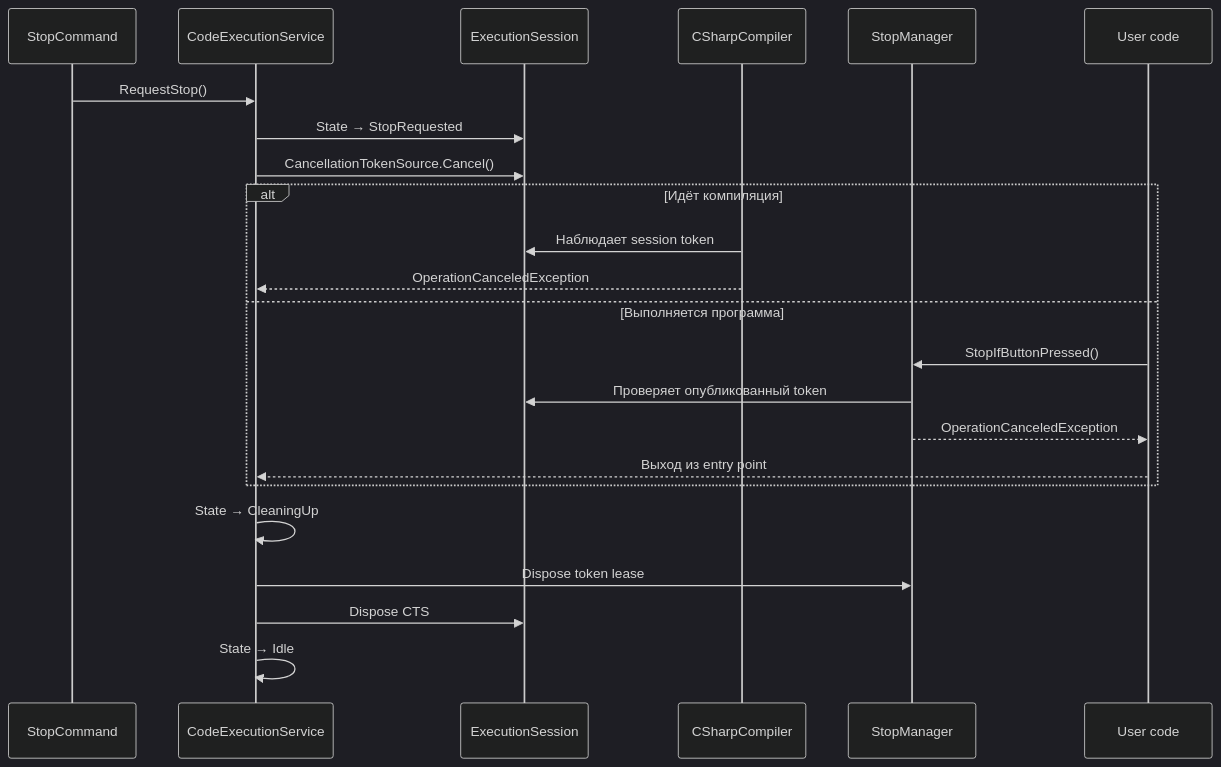
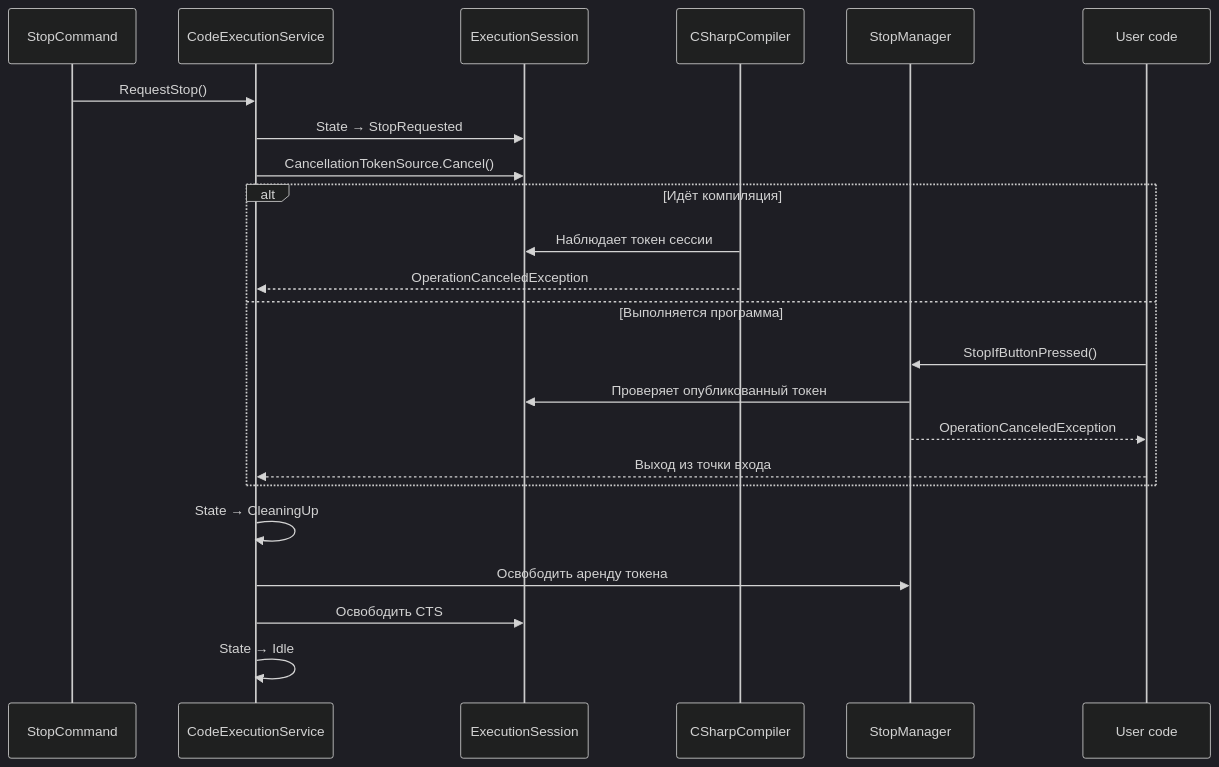
One commit to SergeyCherevan/KID changed the third of 3 diagrams in .codex/audits/CURRENT_COMPILATION_ARCHITECTURE_2026-08-11.md. Above: the diagram before and after it, drawn with Mermaid (dark theme). The commit also changed other lines of this file and 7 other files, not shown here.

````diff
--- a/.codex/audits/CURRENT_COMPILATION_ARCHITECTURE_2026-08-11.md
+++ b/.codex/audits/CURRENT_COMPILATION_ARCHITECTURE_2026-08-11.md
@@ -332,28 +338,28 @@
 ```mermaid
 sequenceDiagram
     participant UI as StopCommand
     participant Service as CodeExecutionService
     participant Session as ExecutionSession
     participant Compiler as CSharpCompiler
     participant Bridge as StopManager
     participant Code as User code
 
     UI->>Service: RequestStop()
     Service->>Session: State → StopRequested
     Service->>Session: CancellationTokenSource.Cancel()
 
     alt Идёт компиляция
-        Compiler->>Session: Наблюдает session token
+        Compiler->>Session: Наблюдает токен сессии
         Compiler-->>Service: OperationCanceledException
     else Выполняется программа
         Code->>Bridge: StopIfButtonPressed()
-        Bridge->>Session: Проверяет опубликованный token
+        Bridge->>Session: Проверяет опубликованный токен
         Bridge-->>Code: OperationCanceledException
-        Code-->>Service: Выход из entry point
+        Code-->>Service: Выход из точки входа
     end
 
     Service->>Service: State → CleaningUp
-    Service->>Bridge: Dispose token lease
-    Service->>Session: Dispose CTS
+    Service->>Bridge: Освободить аренду токена
+    Service->>Session: Освободить CTS
     Service->>Service: State → Idle
 ```
````
